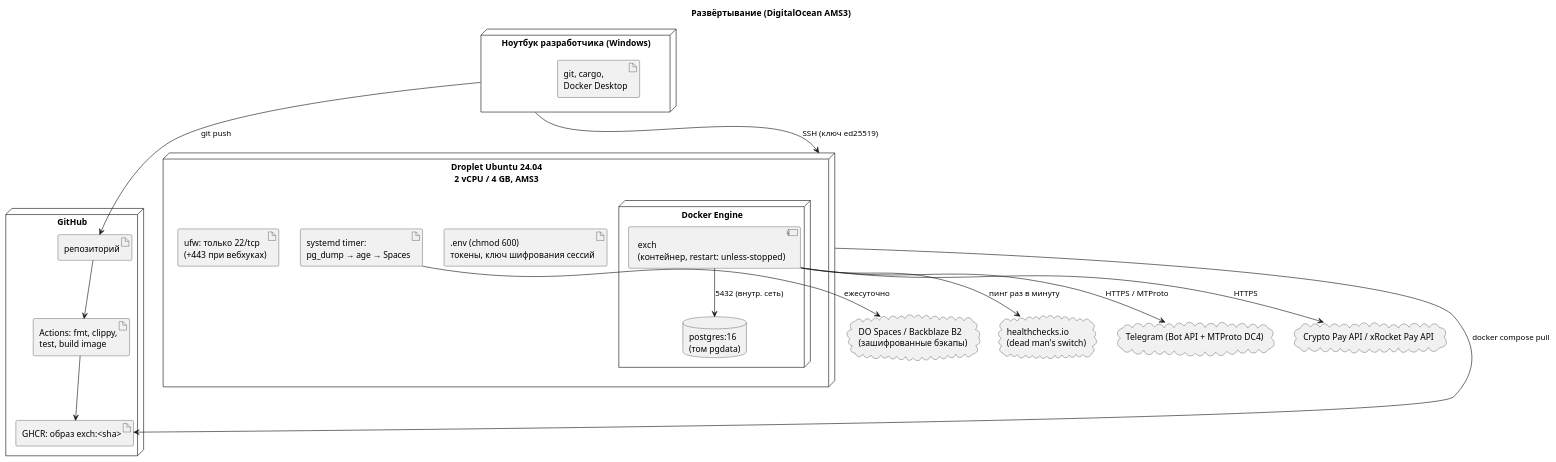
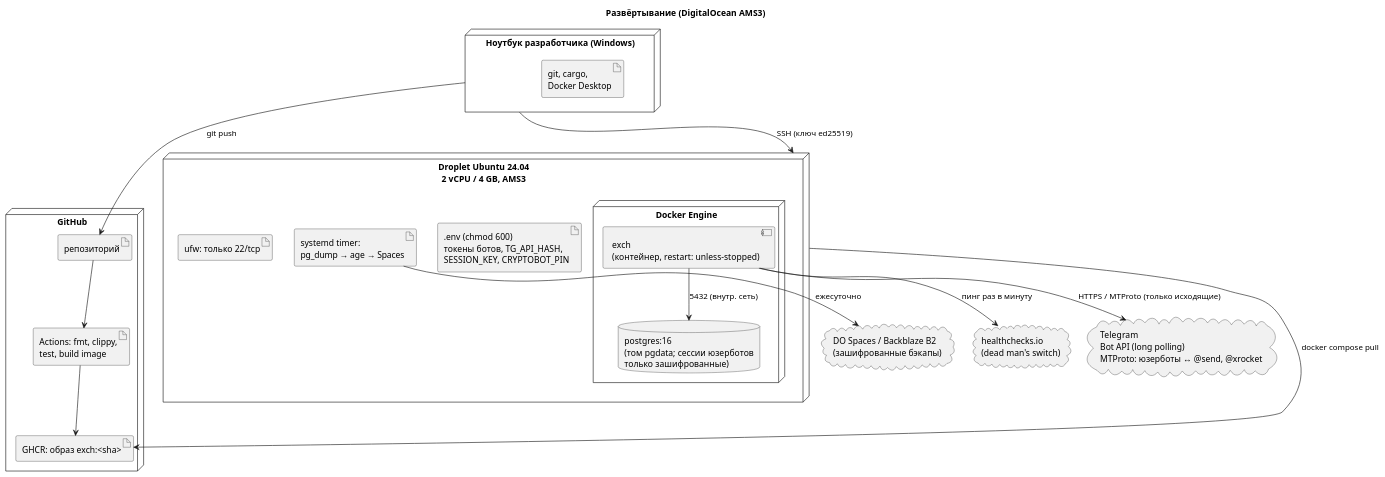
One commit to Nacebara/webquest changed the diagram in exchanger/diagrams/10-deployment.puml. Above: the diagram before and after it, drawn with PlantUML. The commit also changed 21 other files, not shown here.

First line of the commit message:
docs: diagrams v0.2 — userbot payouts and 31-transition state machine

```diff
--- a/exchanger/diagrams/10-deployment.puml
+++ b/exchanger/diagrams/10-deployment.puml
@@ -1,38 +1,36 @@
 @startuml deployment
-' Развёртывание: DigitalOcean AMS3
+' Развёртывание: DigitalOcean AMS3 (v0.2: только Telegram, платёжных API и вебхуков нет)
 skinparam shadowing false
 title Развёртывание (DigitalOcean AMS3)
 
 node "Ноутбук разработчика (Windows)" as DEV {
   artifact "git, cargo,\nDocker Desktop" as DEVTOOLS
 }
 node "GitHub" as GH {
   artifact "репозиторий" as REPO
   artifact "Actions: fmt, clippy,\ntest, build image" as CI
   artifact "GHCR: образ exch:<sha>" as IMG
 }
 node "Droplet Ubuntu 24.04\n2 vCPU / 4 GB, AMS3" as VM {
   node "Docker Engine" as DOCKER {
     component "exch\n(контейнер, restart: unless-stopped)" as EXCH
-    database "postgres:16\n(том pgdata)" as PG
+    database "postgres:16\n(том pgdata; сессии юзерботов\nтолько зашифрованные)" as PG
   }
-  artifact ".env (chmod 600)\nтокены, ключ шифрования сессий" as ENV
+  artifact ".env (chmod 600)\nтокены ботов, TG_API_HASH,\nSESSION_KEY, CRYPTOBOT_PIN" as ENV
   artifact "systemd timer:\npg_dump → age → Spaces" as BKP
-  artifact "ufw: только 22/tcp\n(+443 при вебхуках)" as FW
+  artifact "ufw: только 22/tcp" as FW
 }
 cloud "DO Spaces / Backblaze B2\n(зашифрованные бэкапы)" as S3
-cloud "Telegram (Bot API + MTProto DC4)" as TG
-cloud "Crypto Pay API / xRocket Pay API" as WAPI
+cloud "Telegram\nBot API (long polling)\nMTProto: юзерботы ↔ @send, @xrocket" as TG
 cloud "healthchecks.io\n(dead man's switch)" as HC
 
 DEV --> REPO : git push
 REPO --> CI
 CI --> IMG
 VM --> IMG : docker compose pull
 EXCH --> PG : 5432 (внутр. сеть)
-EXCH --> TG : HTTPS / MTProto
-EXCH --> WAPI : HTTPS
+EXCH --> TG : HTTPS / MTProto (только исходящие)
 EXCH --> HC : пинг раз в минуту
 BKP --> S3 : ежесуточно
 DEV --> VM : SSH (ключ ed25519)
 @enduml
```
